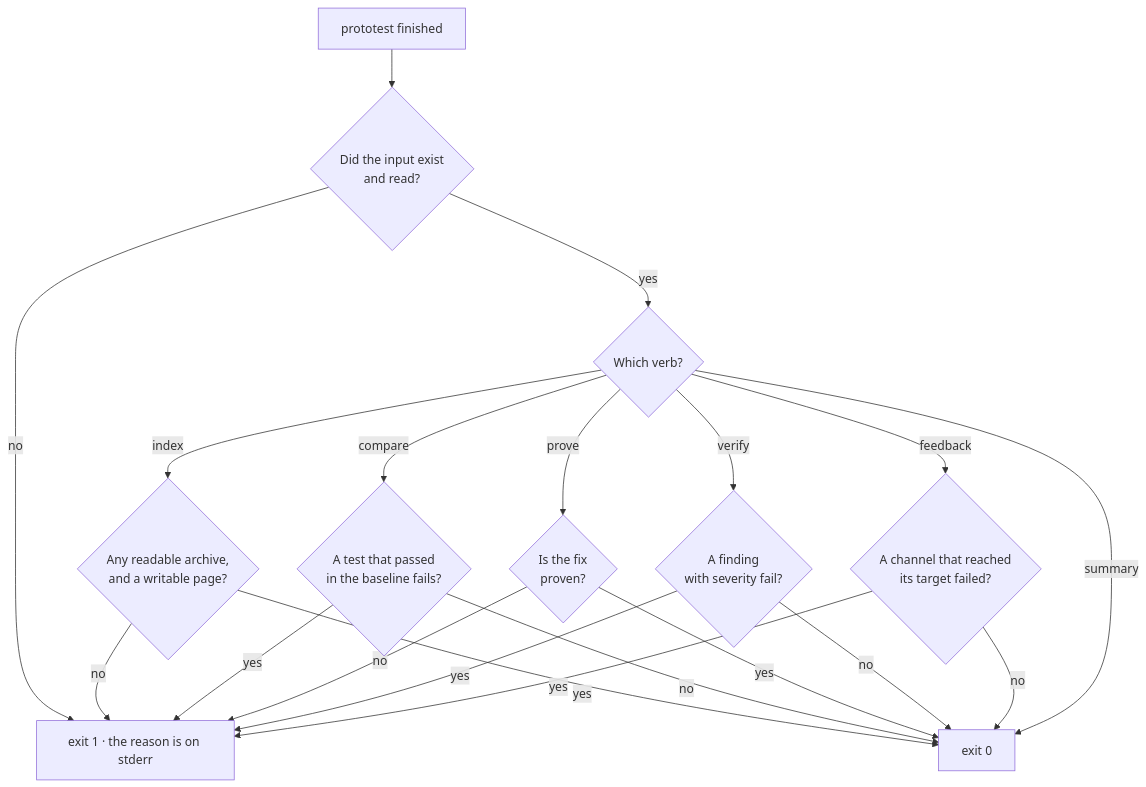
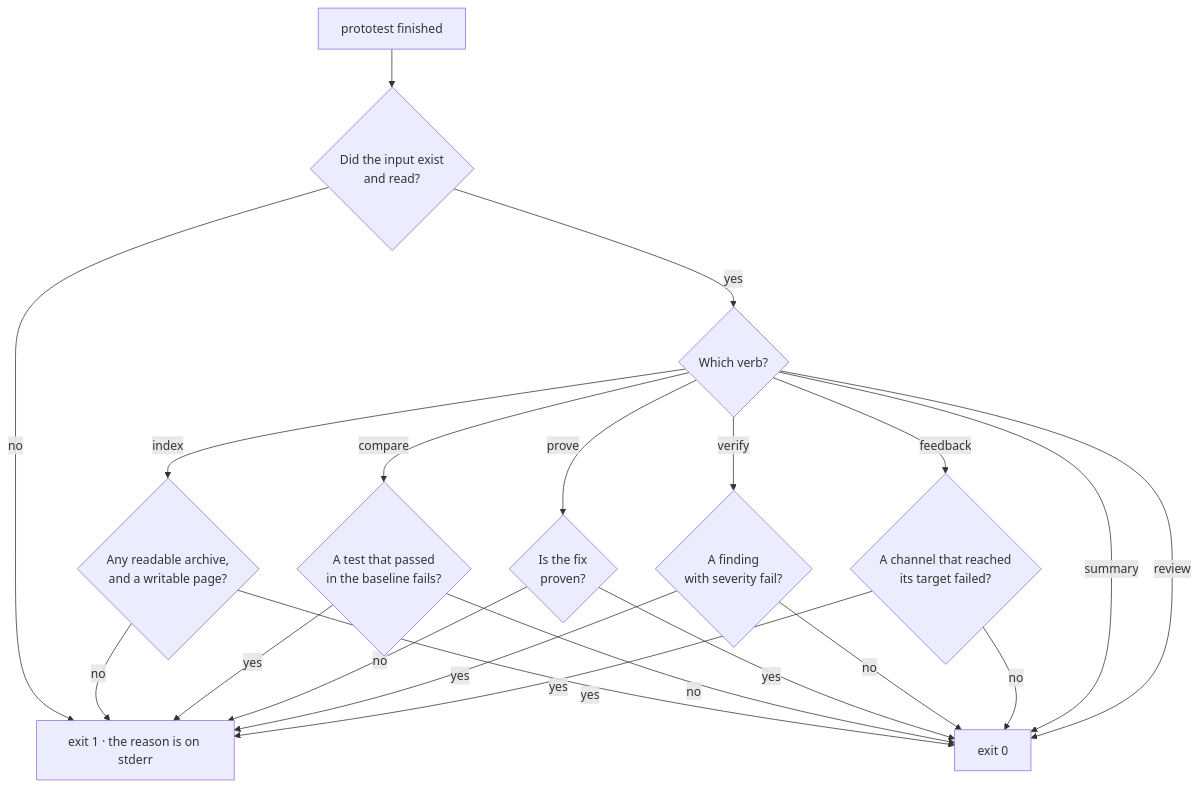
The diagram in docs/docs/agent-workflows/cli.md (MSeys/ProtoTest), drawn with Mermaid before and after one commit. The commit also changed other lines of this file and 17 other files, not shown here.

````diff
--- a/docs/docs/agent-workflows/cli.md
+++ b/docs/docs/agent-workflows/cli.md
@@ -278,22 +290,23 @@
 ```mermaid
 flowchart TD
     start["prototest finished"] --> input{"Did the input exist<br/>and read?"}
     input -->|"no"| one["exit 1 · the reason is on stderr"]
     input -->|"yes"| verb{"Which verb?"}
     verb -->|"index"| idx{"Any readable archive,<br/>and a writable page?"}
     idx -->|"no"| one
     idx -->|"yes"| zero["exit 0"]
     verb -->|"compare"| broke{"A test that passed<br/>in the baseline fails?"}
     broke -->|"yes"| one
     broke -->|"no"| zero
     verb -->|"prove"| proven{"Is the fix<br/>proven?"}
     proven -->|"no"| one
     proven -->|"yes"| zero
     verb -->|"verify"| verdict{"A finding<br/>with severity fail?"}
     verdict -->|"yes"| one
     verdict -->|"no"| zero
     verb -->|"feedback"| channel{"A channel that reached<br/>its target failed?"}
     channel -->|"yes"| one
     channel -->|"no"| zero
     verb -->|"summary"| zero
+    verb -->|"review"| zero
 ```
````
